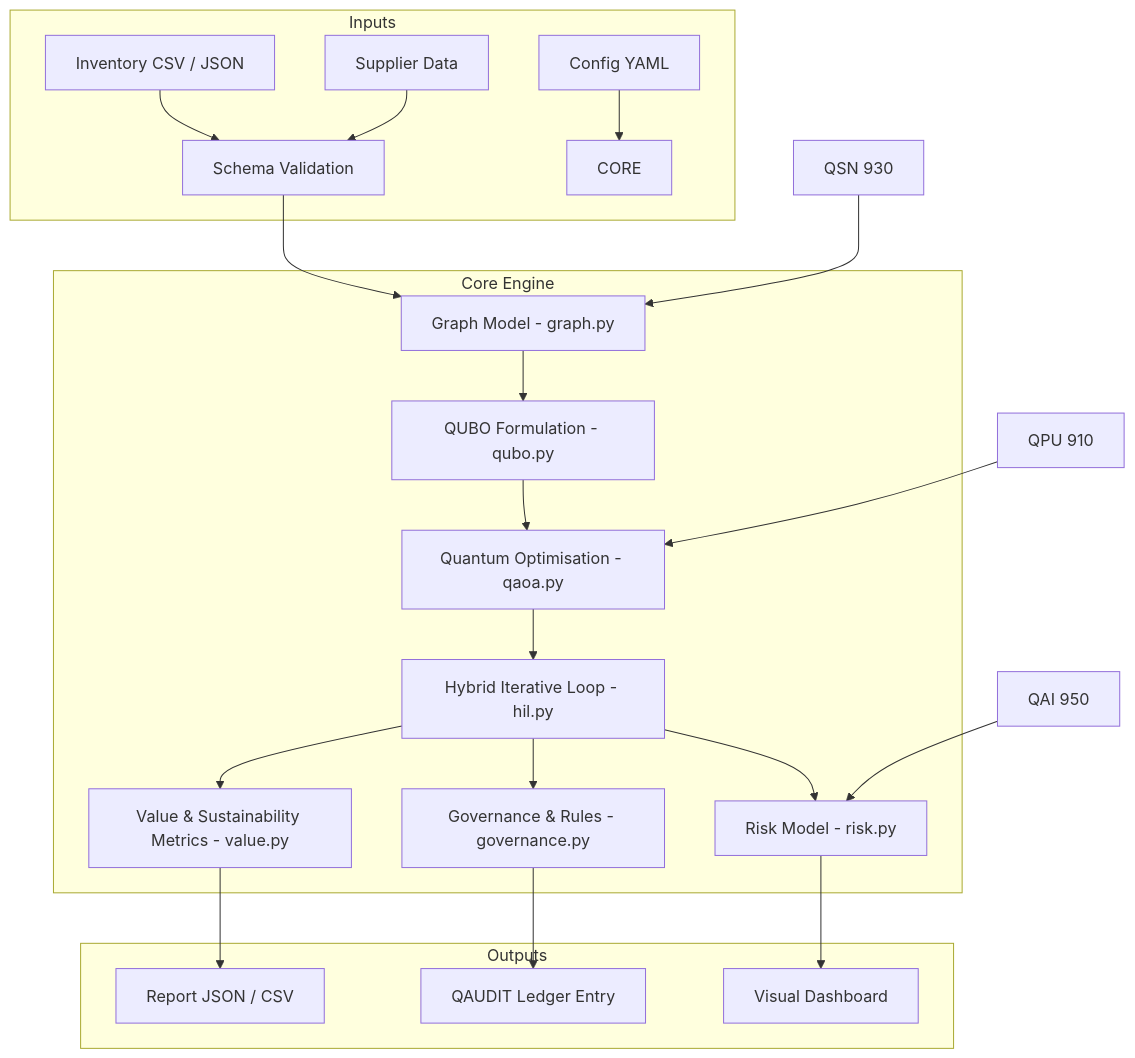
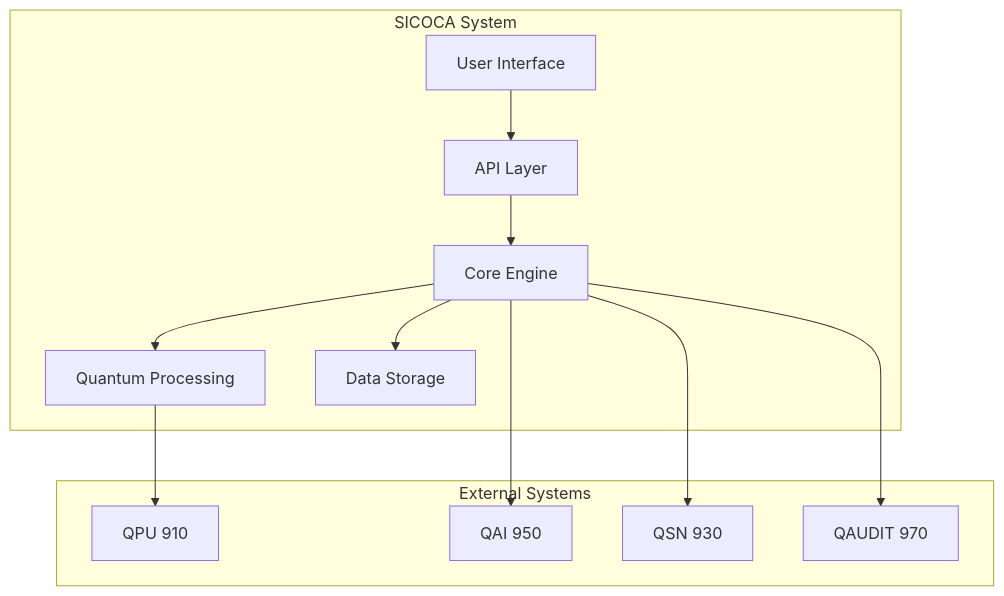
The third of 14 diagrams in domains/INDUSTRY_MANUFACTURING/supply-chain/GLOBAL-OPT/algorithms/SICOCA/INS-01/README.md (Robbbo-T/AQUA), drawn with Mermaid before and after one commit. The commit also changed other lines of this file, not shown here.

````diff
--- a/domains/INDUSTRY_MANUFACTURING/supply-chain/GLOBAL-OPT/algorithms/SICOCA/INS-01/README.md
+++ b/domains/INDUSTRY_MANUFACTURING/supply-chain/GLOBAL-OPT/algorithms/SICOCA/INS-01/README.md
@@ -116,28 +138,26 @@
 ```mermaid
 graph TD
-    subgraph Inputs
-        INV[Inventory CSV / JSON] --> VAL[Schema Validation]
-        SUP[Supplier Data] --> VAL
-        CFG[Config YAML] --> CORE
+    subgraph "SICOCA System"
+        UI[User Interface]
+        API[API Layer]
+        CORE[Core Engine]
+        QPU[Quantum Processing]
+        STORAGE[Data Storage]
     end
-
-    subgraph Core Engine
-        VAL --> GPH[Graph Model - graph.py]
-        GPH --> QUBO[QUBO Formulation - qubo.py]
-        QUBO --> QAOA[Quantum Optimisation - qaoa.py]
-        QAOA --> HIL[Hybrid Iterative Loop - hil.py]
-        HIL --> GOV[Governance & Rules - governance.py]
-        HIL --> RSK[Risk Model - risk.py]
-        HIL --> VALU[Value & Sustainability Metrics - value.py]
+    
+    subgraph "External Systems"
+        QPU910[QPU 910]
+        QAI950[QAI 950]
+        QSN930[QSN 930]
+        QAUDIT[QAUDIT 970]
     end
-
-    subgraph Outputs
-        VALU --> REP[Report JSON / CSV]
-        GOV --> QAUDIT[QAUDIT Ledger Entry]
-        RSK --> DASH[Visual Dashboard]
-    end
-
-    QPU[QPU 910] --> QAOA
-    QAI[QAI 950] --> RSK
-    QSN[QSN 930] --> GPH
+    
+    UI --> API
+    API --> CORE
+    CORE --> QPU
+    CORE --> STORAGE
+    QPU --> QPU910
+    CORE --> QAI950
+    CORE --> QSN930
+    CORE --> QAUDIT
 ```
````
